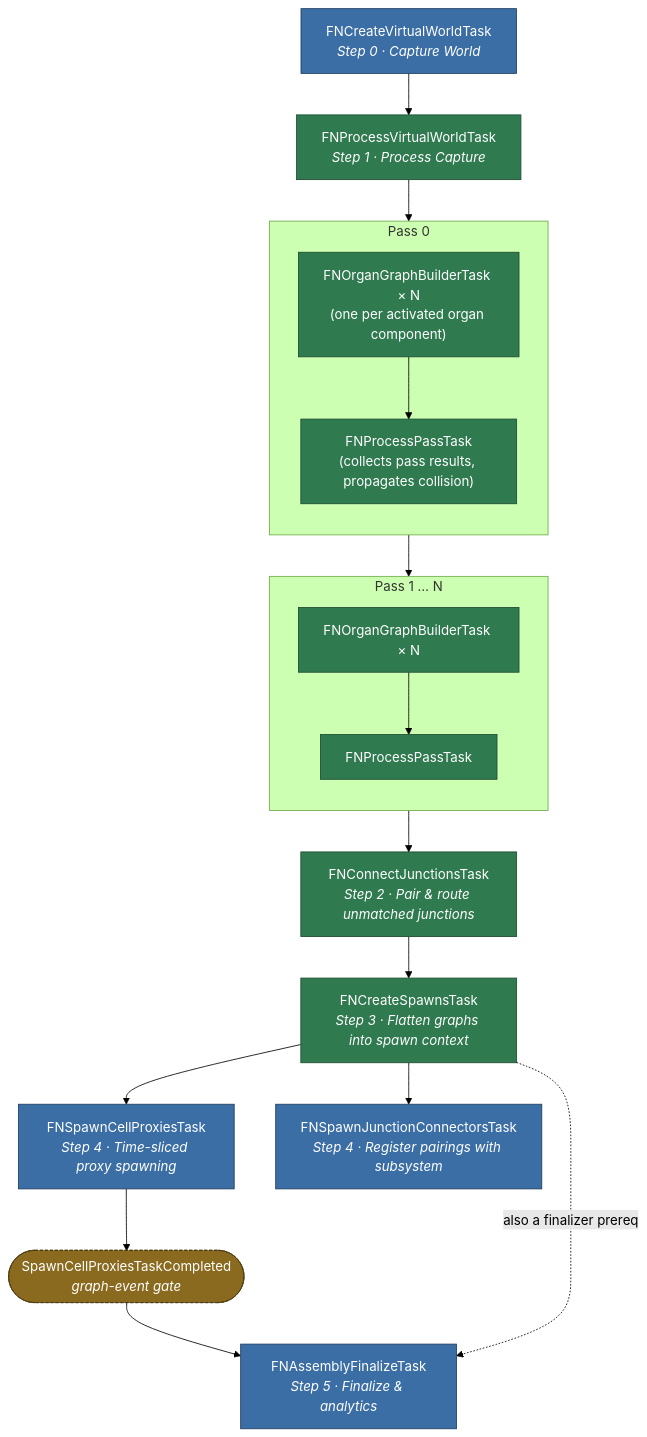
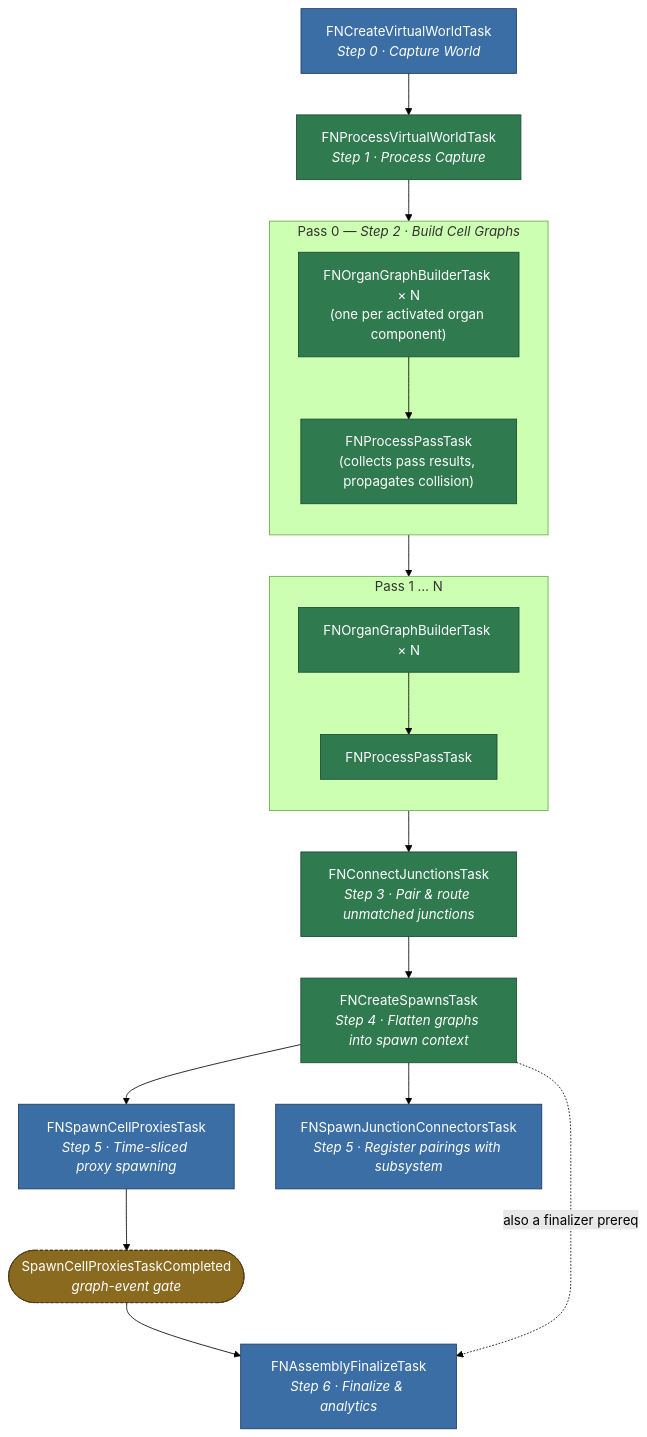
Before and after one commit to dotBunny/NEXUS.Docs: the diagram in docs/plugins/world-assembly/architecture/tasks.md, drawn with Mermaid (forest theme). The commit also changed other lines of this file and 11 other files, not shown here.

Commit message:
Better graphs / architecture explanations

````diff
--- a/docs/plugins/world-assembly/architecture/tasks.md
+++ b/docs/plugins/world-assembly/architecture/tasks.md
@@ -100,41 +127,41 @@
 ```mermaid
 flowchart TD
   classDef gameThread fill:#3b6ea5,stroke:#1f3b5f,color:#fff
   classDef anyThread  fill:#2f7a4f,stroke:#1c4a30,color:#fff
   classDef gate       fill:#8a6a1f,stroke:#4a3810,color:#fff,stroke-dasharray: 4 2
 
   CreateVW["FNCreateVirtualWorldTask<br/><i>Step 0 · Capture World</i>"]:::gameThread
   ProcessVW["FNProcessVirtualWorldTask<br/><i>Step 1 · Process Capture</i>"]:::anyThread
 
-  subgraph Pass0["Pass 0"]
+  subgraph Pass0["Pass 0 — <i>Step 2 · Build Cell Graphs</i>"]
     direction TB
     Organ0["FNOrganGraphBuilderTask × N<br/>(one per activated organ component)"]:::anyThread
     ProcPass0["FNProcessPassTask<br/>(collects pass results, propagates collision)"]:::anyThread
     Organ0 --> ProcPass0
   end
 
   subgraph PassN["Pass 1 … N"]
     direction TB
     OrganN["FNOrganGraphBuilderTask × N"]:::anyThread
     ProcPassN["FNProcessPassTask"]:::anyThread
     OrganN --> ProcPassN
   end
 
-  ConnectJunctions["FNConnectJunctionsTask<br/><i>Step 2 · Pair &amp; route unmatched junctions</i>"]:::anyThread
-  CreateSpawns["FNCreateSpawnsTask<br/><i>Step 3 · Flatten graphs into spawn context</i>"]:::anyThread
-  SpawnProxies["FNSpawnCellProxiesTask<br/><i>Step 4 · Time-sliced proxy spawning</i>"]:::gameThread
-  SpawnConnectors["FNSpawnJunctionConnectorsTask<br/><i>Step 4 · Register pairings with subsystem</i>"]:::gameThread
+  ConnectJunctions["FNConnectJunctionsTask<br/><i>Step 3 · Pair &amp; route unmatched junctions</i>"]:::anyThread
+  CreateSpawns["FNCreateSpawnsTask<br/><i>Step 4 · Flatten graphs into spawn context</i>"]:::anyThread
+  SpawnProxies["FNSpawnCellProxiesTask<br/><i>Step 5 · Time-sliced proxy spawning</i>"]:::gameThread
+  SpawnConnectors["FNSpawnJunctionConnectorsTask<br/><i>Step 5 · Register pairings with subsystem</i>"]:::gameThread
   SpawnGate(["SpawnCellProxiesTaskCompleted<br/><i>graph-event gate</i>"]):::gate
-  Finalize["FNAssemblyFinalizeTask<br/><i>Step 5 · Finalize &amp; analytics</i>"]:::gameThread
+  Finalize["FNAssemblyFinalizeTask<br/><i>Step 6 · Finalize &amp; analytics</i>"]:::gameThread
 
   CreateVW --> ProcessVW
   ProcessVW --> Organ0
   ProcPass0 --> OrganN
   ProcPassN --> ConnectJunctions
   ConnectJunctions --> CreateSpawns
   CreateSpawns --> SpawnProxies
   CreateSpawns --> SpawnConnectors
   SpawnProxies --> SpawnGate
   SpawnGate --> Finalize
   CreateSpawns -.->|also a finalizer prereq| Finalize
 ```
````
